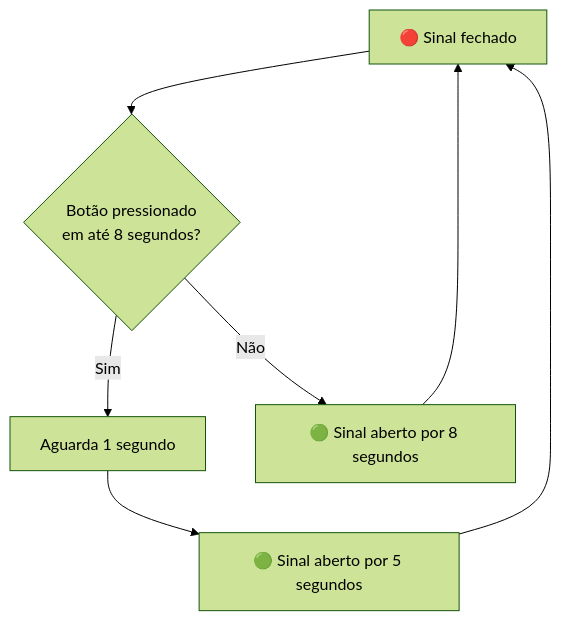
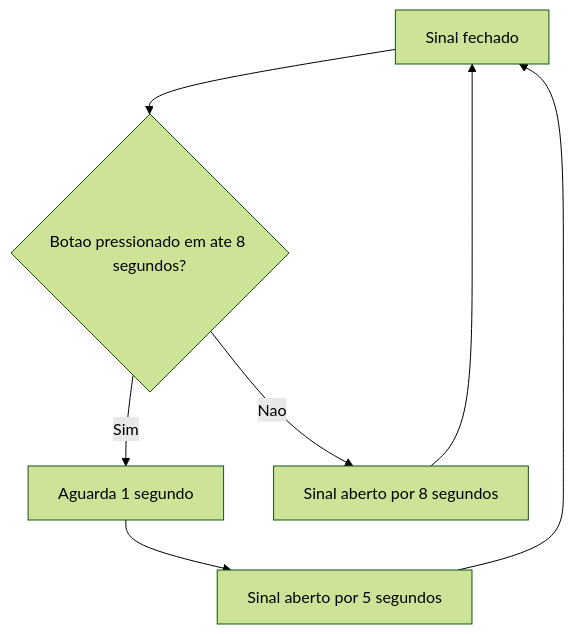
The diagram in README.md (jotavieira1930-code/C-digo-Oled), drawn with Mermaid (forest theme) before and after one commit.

Commit message:
Corrige diagrama do README

````diff
--- a/README.md
+++ b/README.md
@@ -37,9 +37,9 @@
 ```mermaid
 flowchart TD
-    A["🔴 Sinal fechado"] --> B{"Botão pressionado<br>em até 8 segundos?"}
-    B -- Sim --> C["Aguarda 1 segundo"]
-    C --> D["🟢 Sinal aberto por 5 segundos"]
-    B -- Não --> E["🟢 Sinal aberto por 8 segundos"]
+    A[Sinal fechado] --> B{Botao pressionado em ate 8 segundos?}
+    B -->|Sim| C[Aguarda 1 segundo]
+    C --> D[Sinal aberto por 5 segundos]
+    B -->|Nao| E[Sinal aberto por 8 segundos]
     D --> A
     E --> A
 ```
````
